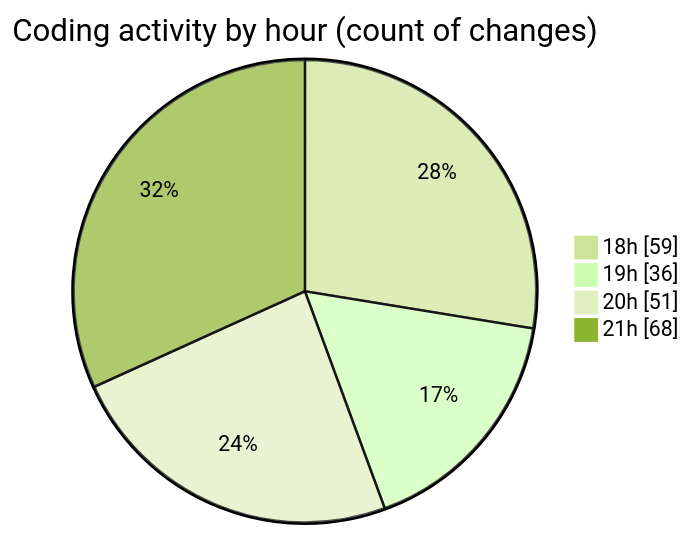
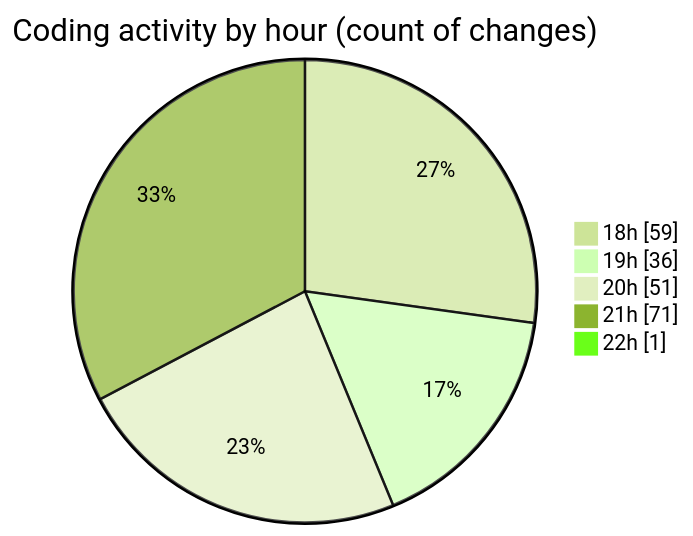
One commit to Netris89/code-tracking changed the second of 2 diagrams in 2025-04-02/back-end/README.md. Above: the diagram before and after it, drawn with Mermaid (forest theme). The commit also changed other lines of this file and 1 other file, not shown here.

````diff
--- a/2025-04-02/back-end/README.md
+++ b/2025-04-02/back-end/README.md
@@ -42,8 +42,9 @@
 ```mermaid
 pie showData
 title Coding activity by hour (count of changes)
 "18h" : 59
 "19h" : 36
 "20h" : 51
-"21h" : 68
+"21h" : 71
+"22h" : 1
 ```
````
